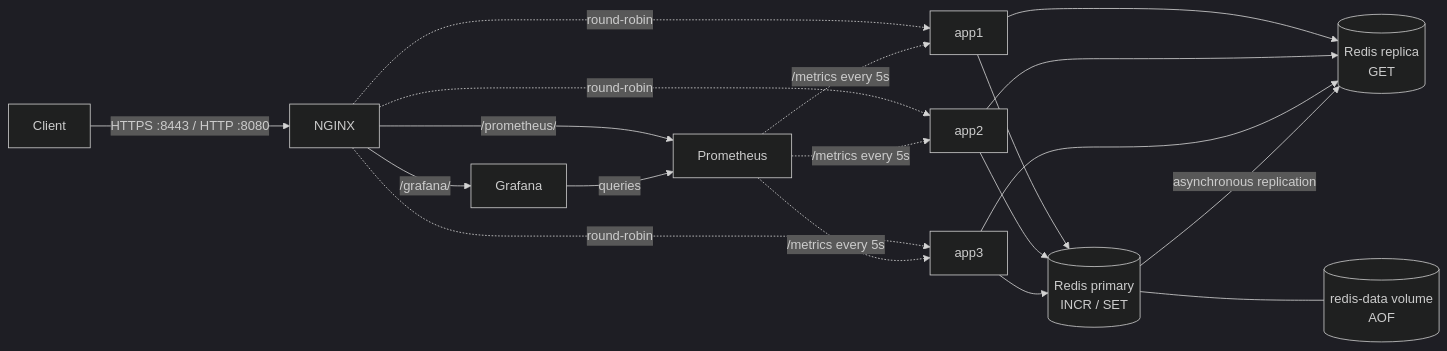
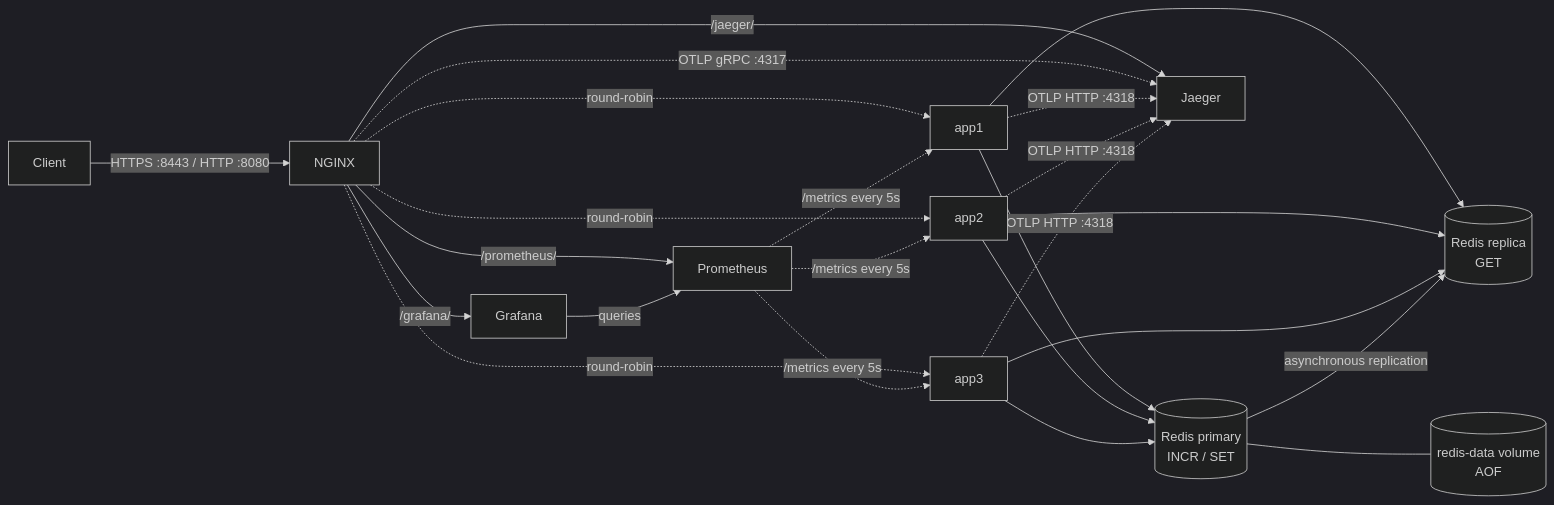
The diagram in ARCHITECTURE.md (kajuyerim/docker-based-multiserver-system), drawn with Mermaid (dark theme) before and after one commit. The commit also changed other lines of this file and 5 other files, not shown here.

````diff
--- a/ARCHITECTURE.md
+++ b/ARCHITECTURE.md
@@ -18,21 +19,26 @@
 ```mermaid
 flowchart LR
     Client[Client] -->|HTTPS :8443 / HTTP :8080| nginx[NGINX]
     nginx -. round-robin .-> app1
     nginx -. round-robin .-> app2
     nginx -. round-robin .-> app3
     app1 --> redis[(Redis primary<br/>INCR / SET)]
     app2 --> redis
     app3 --> redis
     app1 --> reader[(Redis replica<br/>GET)]
     app2 --> reader
     app3 --> reader
     redis -->|asynchronous replication| reader
     redis --- data[(redis-data volume<br/>AOF)]
     nginx -->|/grafana/| grafana[Grafana]
     nginx -->|/prometheus/| prometheus[Prometheus]
     grafana -->|queries| prometheus
     prometheus -. /metrics every 5s .-> app1
     prometheus -. /metrics every 5s .-> app2
     prometheus -. /metrics every 5s .-> app3
+    nginx -->|/jaeger/| jaeger[Jaeger]
+    nginx -. OTLP gRPC :4317 .-> jaeger
+    app1 -. OTLP HTTP :4318 .-> jaeger
+    app2 -. OTLP HTTP :4318 .-> jaeger
+    app3 -. OTLP HTTP :4318 .-> jaeger
 ```
````
